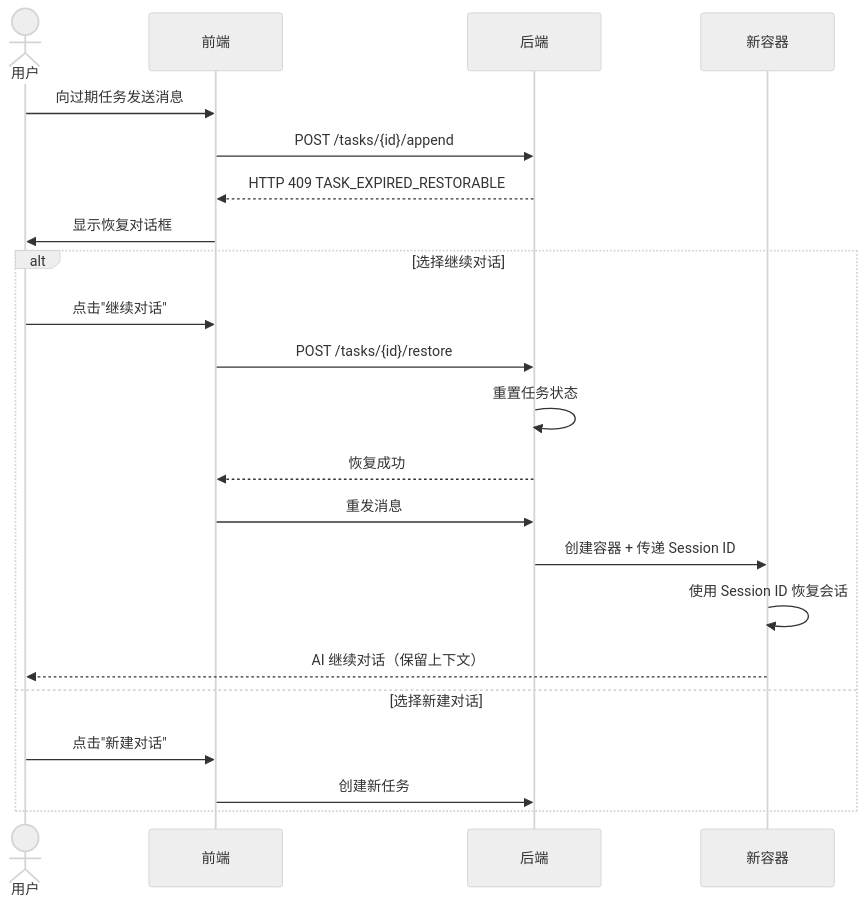
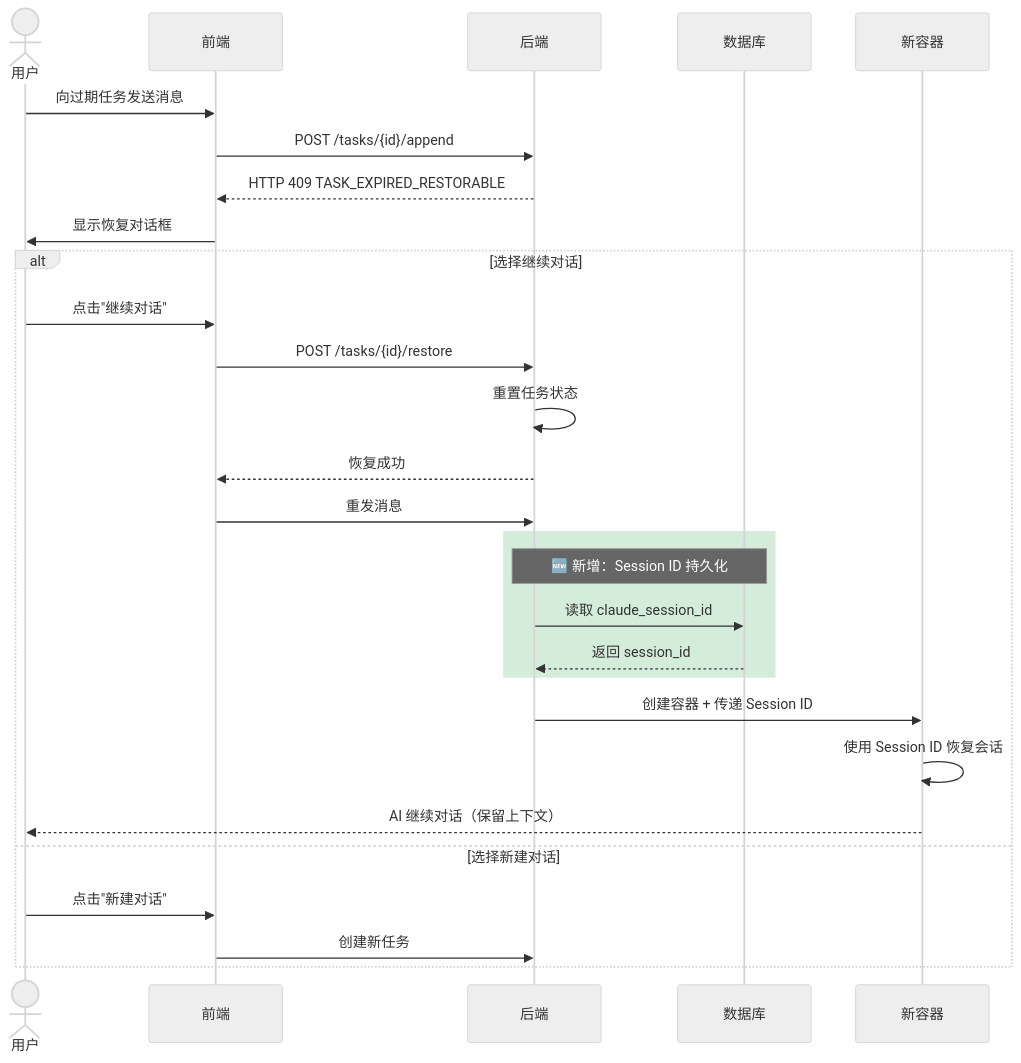
Before and after one commit to sunnights/Wegent: the second of 8 diagrams in docs/zh/features/task-restore.md, drawn with Mermaid (neutral theme). The commit also changed other lines of this file and 1 other file, not shown here.

First line of the commit message:
docs: highlight new features in Mermaid diagrams with green styling

````diff
--- a/docs/zh/features/task-restore.md
+++ b/docs/zh/features/task-restore.md
@@ -43,26 +47,32 @@
 ```mermaid
 sequenceDiagram
     actor 用户
     participant 前端
     participant 后端
+    participant 数据库
     participant 新容器
 
     用户->>前端: 向过期任务发送消息
     前端->>后端: POST /tasks/{id}/append
     后端-->>前端: HTTP 409 TASK_EXPIRED_RESTORABLE
     前端->>用户: 显示恢复对话框
 
     alt 选择继续对话
         用户->>前端: 点击"继续对话"
         前端->>后端: POST /tasks/{id}/restore
         后端->>后端: 重置任务状态
         后端-->>前端: 恢复成功
         前端->>后端: 重发消息
+        rect rgb(212, 237, 218)
+            Note over 后端,数据库: 🆕 新增：Session ID 持久化
+            后端->>数据库: 读取 claude_session_id
+            数据库-->>后端: 返回 session_id
+        end
         后端->>新容器: 创建容器 + 传递 Session ID
         新容器->>新容器: 使用 Session ID 恢复会话
         新容器-->>用户: AI 继续对话（保留上下文）
     else 选择新建对话
         用户->>前端: 点击"新建对话"
         前端->>后端: 创建新任务
     end
 ```
````
